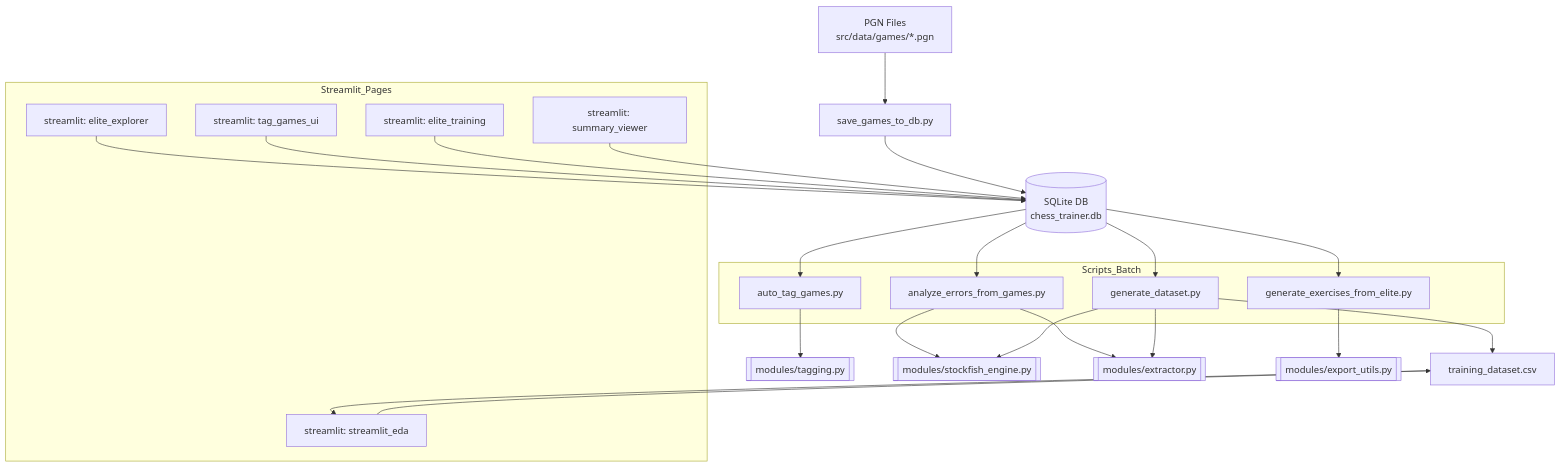
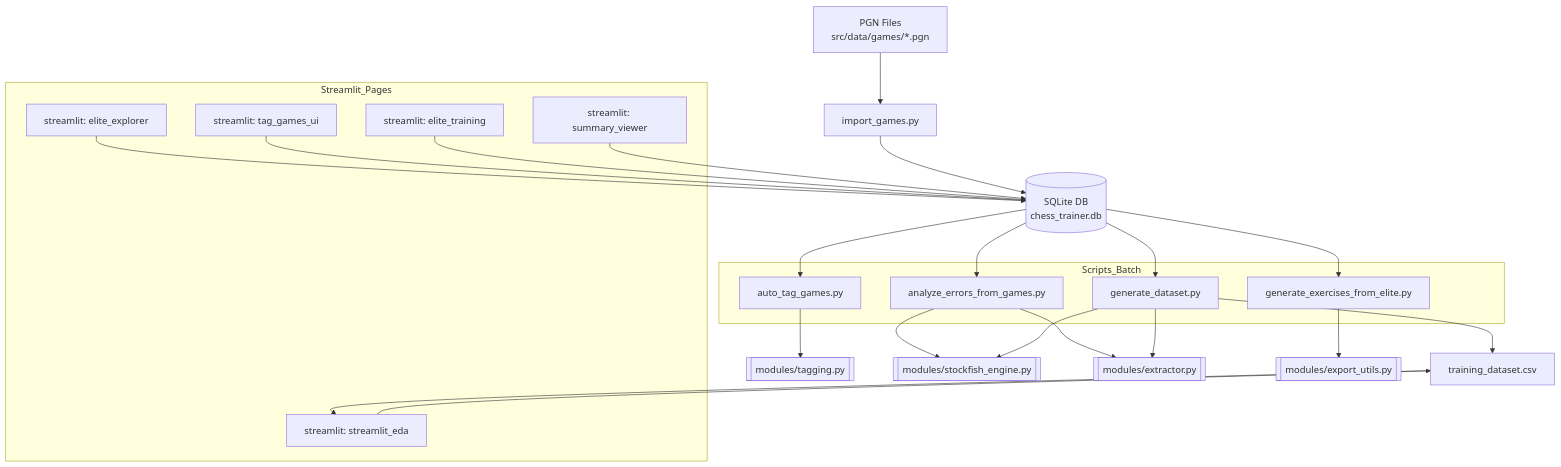
Before and after one commit to cmessoftware/chess_trainer: the diagram in src/architecture.md, drawn with Mermaid. The commit also changed 23 other files, not shown here.

Commit message:
migrado de import_games a modelo sqlalchemy

````diff
--- a/src/architecture.md
+++ b/src/architecture.md
@@ -1,43 +1,43 @@
 ```mermaid
 graph TD
-  A[PGN Files<br>src/data/games/*.pgn] --> B[save_games_to_db.py]
+  A[PGN Files<br>src/data/games/*.pgn] --> B[import_games.py]
   B --> DB[(SQLite DB<br>chess_trainer.db)]
 
   DB --> C[auto_tag_games.py]
   DB --> D[analyze_errors_from_games.py]
   DB --> E[generate_exercises_from_elite.py]
   DB --> F[generate_dataset.py]
 
   C --> M1[[modules/tagging.py]]
   D --> M2[[modules/stockfish_engine.py]]
   D --> M3[[modules/extractor.py]]
   E --> M4[[modules/export_utils.py]]
   F --> M2
   F --> M3
 
   G1[streamlit: elite_explorer] --> DB
   G2[streamlit: tag_games_ui] --> DB
   G3[streamlit: elite_training] --> DB
   G4[streamlit: summary_viewer] --> DB
   
   CSV[training_dataset.csv]
   G5[streamlit: streamlit_eda] --> CSV
 
   F --> CSV
   CSV --> G5
 
   subgraph Streamlit_Pages
     G1
     G2
     G3
     G4
     G5
   end
 
   subgraph Scripts_Batch
     C
     D
     E
     F
   end
 ```
````
